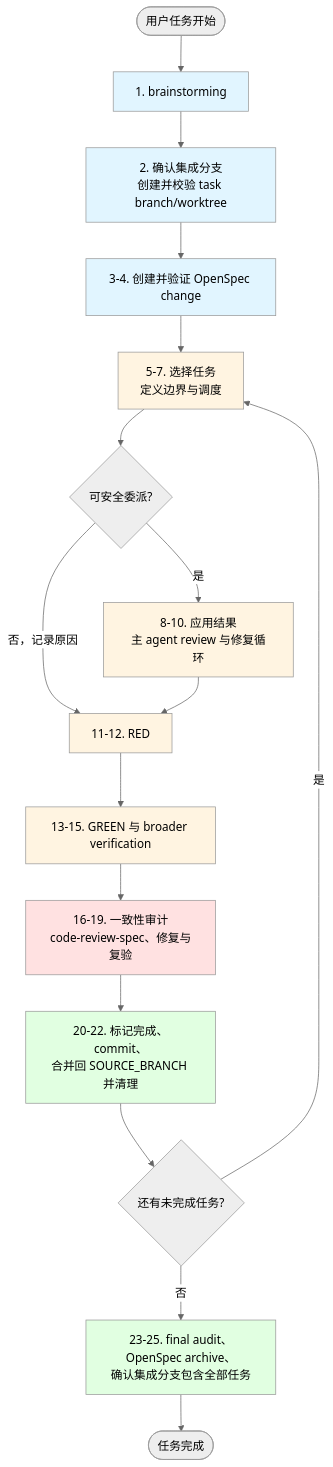
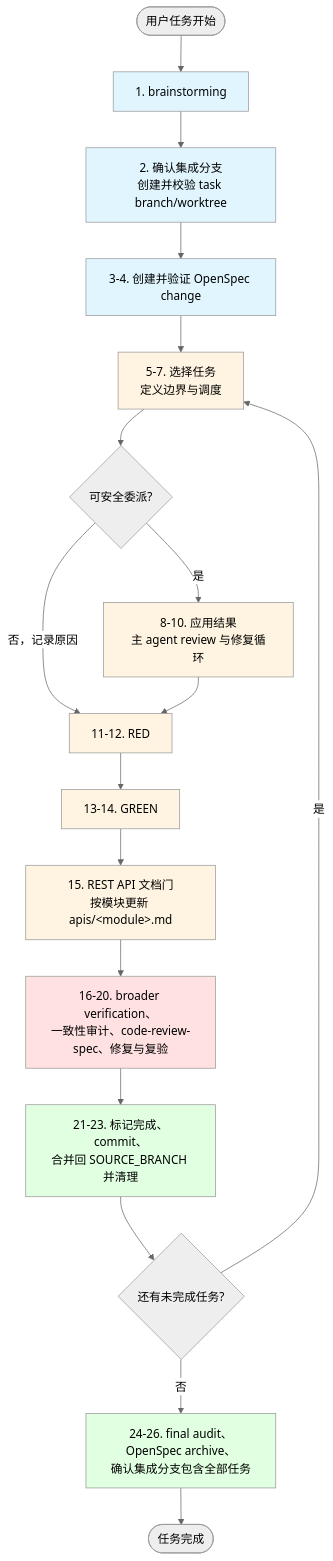
One commit to lvdaxianer/skills changed the diagram in DEVELOPMENT_WORKFLOW_GUIDE.md. Above: the diagram before and after it, drawn with Mermaid (neutral theme). The commit also changed other lines of this file and 10 other files, not shown here.

````diff
--- a/DEVELOPMENT_WORKFLOW_GUIDE.md
+++ b/DEVELOPMENT_WORKFLOW_GUIDE.md
@@ -29,29 +30,31 @@
 ```mermaid
 flowchart TD
     Start([用户任务开始]) --> B[1. brainstorming]
     B --> W[2. 确认集成分支<br/>创建并校验 task branch/worktree]
     W --> P[3-4. 创建并验证 OpenSpec change]
     P --> T[5-7. 选择任务<br/>定义边界与调度]
     T --> D{可安全委派?}
     D -->|是| R[8-10. 应用结果<br/>主 agent review 与修复循环]
     D -->|否，记录原因| Red[11-12. RED]
     R --> Red
-    Red --> Green[13-15. GREEN 与 broader verification]
-    Green --> Audit[16-19. 一致性审计<br/>code-review-spec、修复与复验]
-    Audit --> C[20-22. 标记完成、commit、<br/>合并回 SOURCE_BRANCH 并清理]
+    Red --> Green[13-14. GREEN]
+    Green --> ApiDocs[15. REST API 文档门<br/>按模块更新 apis/&lt;module&gt;.md]
+    ApiDocs --> Audit[16-20. broader verification、<br/>一致性审计、code-review-spec、修复与复验]
+    Audit --> C[21-23. 标记完成、commit、<br/>合并回 SOURCE_BRANCH 并清理]
     C --> More{还有未完成任务?}
     More -->|是| T
-    More -->|否| F[23-25. final audit、OpenSpec archive、<br/>确认集成分支包含全部任务]
+    More -->|否| F[24-26. final audit、OpenSpec archive、<br/>确认集成分支包含全部任务]
     F --> End([任务完成])
     
     style B fill:#e1f5ff
     style W fill:#e1f5ff
     style P fill:#e1f5ff
     style T fill:#fff4e1
     style R fill:#fff4e1
     style Red fill:#fff4e1
     style Green fill:#fff4e1
+    style ApiDocs fill:#fff4e1
     style Audit fill:#ffe1e1
     style C fill:#e1ffe1
     style F fill:#e1ffe1
 ```
````
